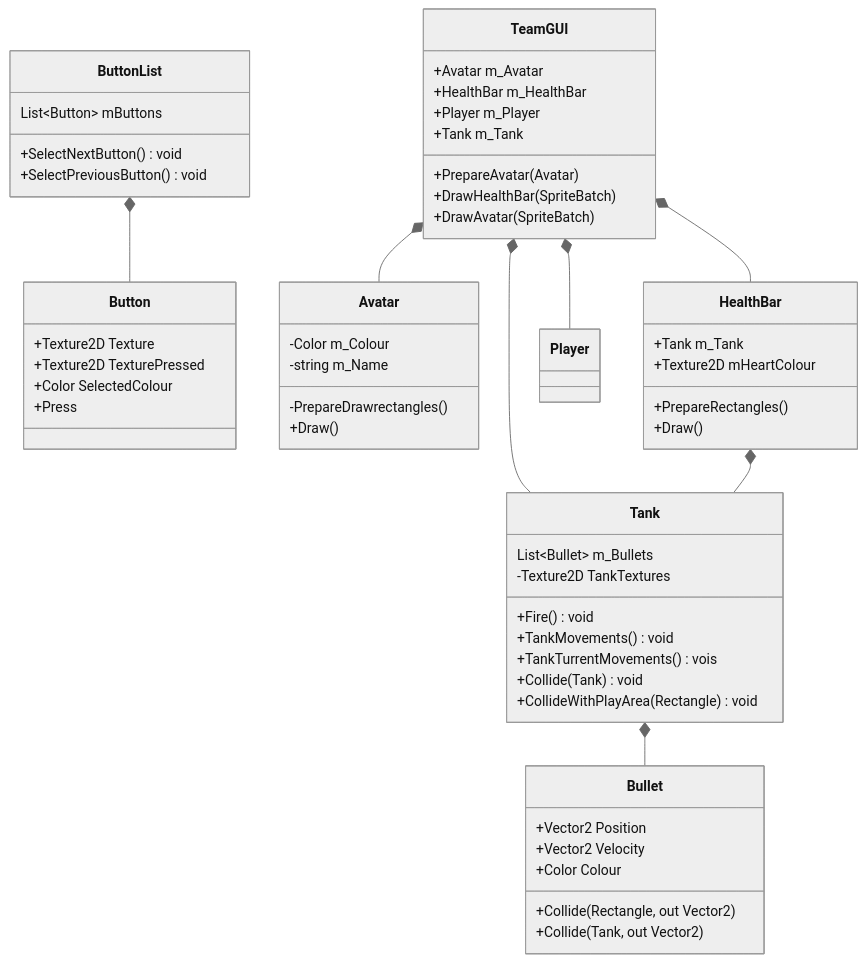
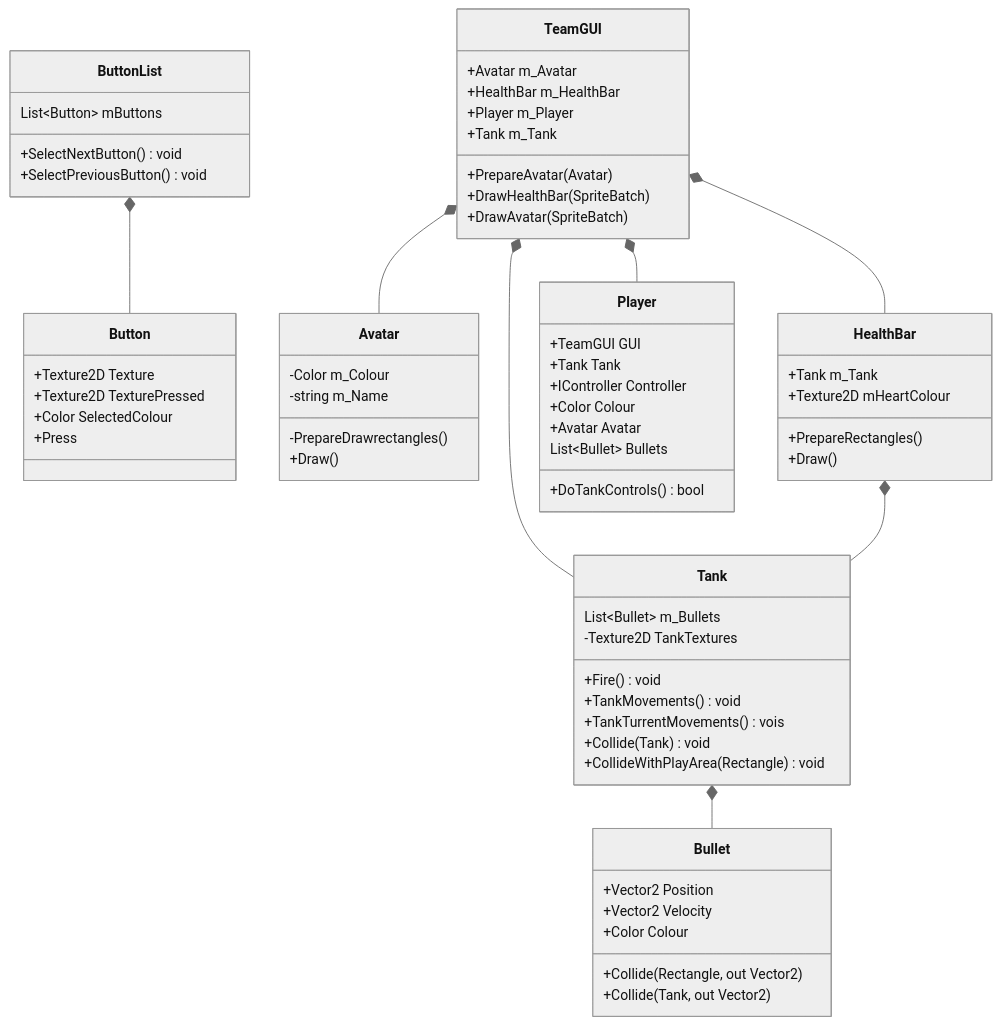
Before and after one commit to Spoingus/TroublesomeTanks_CDP: the second of 2 diagrams in README.md, drawn with Mermaid (neutral theme).

````diff
--- a/README.md
+++ b/README.md
@@ -45,63 +45,69 @@
 ```mermaid
 classDiagram
     ButtonList *-- Button
     class ButtonList{
         List~Button~ mButtons
         +SelectNextButton() void
         +SelectPreviousButton() void
     }
     class Button{
         +Texture2D Texture
         +Texture2D TexturePressed
         +Color SelectedColour
         +Press
     }
 
     TeamGUI *-- Avatar
     TeamGUI *-- HealthBar
     TeamGUI *-- Player
     TeamGUI *-- Tank
     HealthBar *-- Tank
     class TeamGUI{
         +Avatar m_Avatar
         +HealthBar m_HealthBar
         +Player m_Player
         +Tank m_Tank
         +PrepareAvatar(Avatar)
         +DrawHealthBar(SpriteBatch)
         +DrawAvatar(SpriteBatch)
     }
     class Avatar{
         -Color m_Colour
         -string m_Name
         -PrepareDrawrectangles()
         +Draw()
     }
     class HealthBar{
         +Tank m_Tank
         +Texture2D mHeartColour
         +PrepareRectangles()
         +Draw()
     }
     class Player{
-
+        +TeamGUI GUI
+        +Tank Tank
+        +IController Controller
+        +Color Colour
+        +Avatar Avatar
+        List~Bullet~ Bullets
+        +DoTankControls() bool
     }
     Tank *-- Bullet
     class Tank{
         List~Bullet~ m_Bullets
         -Texture2D TankTextures
         +Fire() void
         +TankMovements() void
         +TankTurrentMovements() vois
         +Collide(Tank) void
         +CollideWithPlayArea(Rectangle) void
     }
     class Bullet{
         +Vector2 Position
         +Vector2 Velocity
         +Color Colour
         +Collide(Rectangle, out Vector2)
         +Collide(Tank, out Vector2)
     }
    
 ```
````
